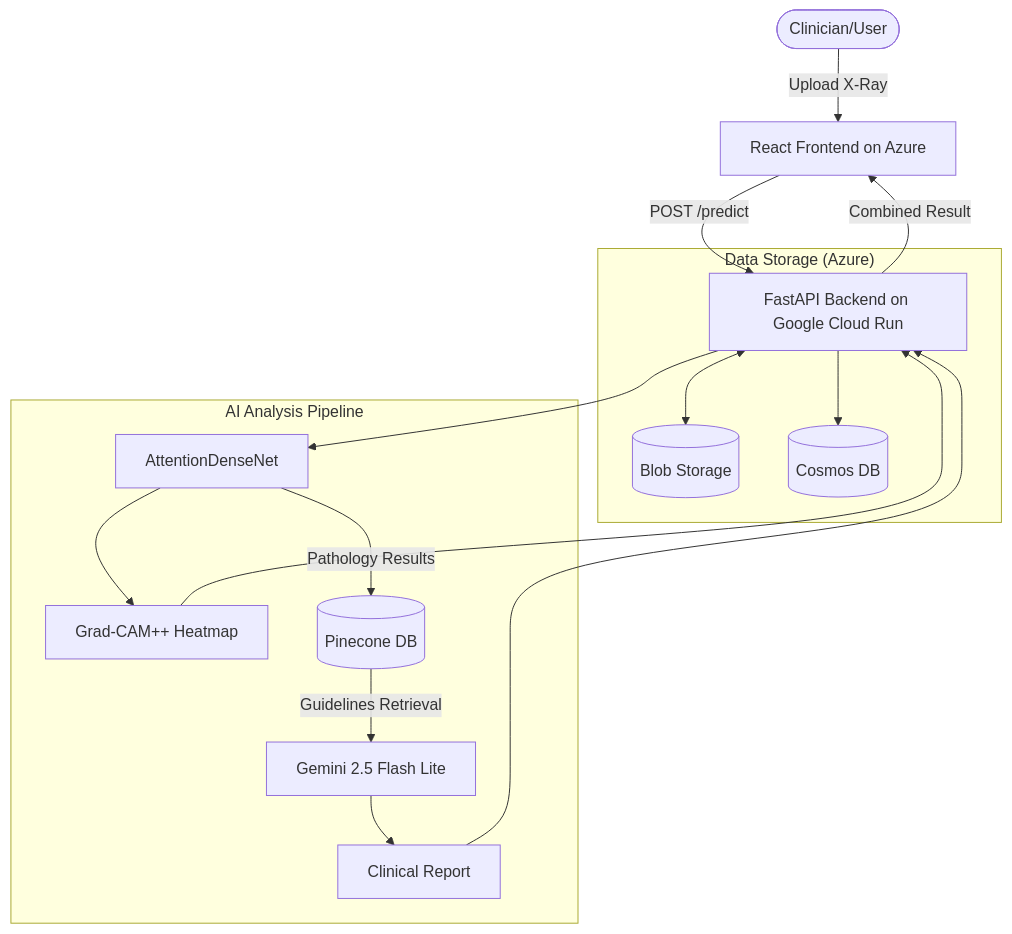
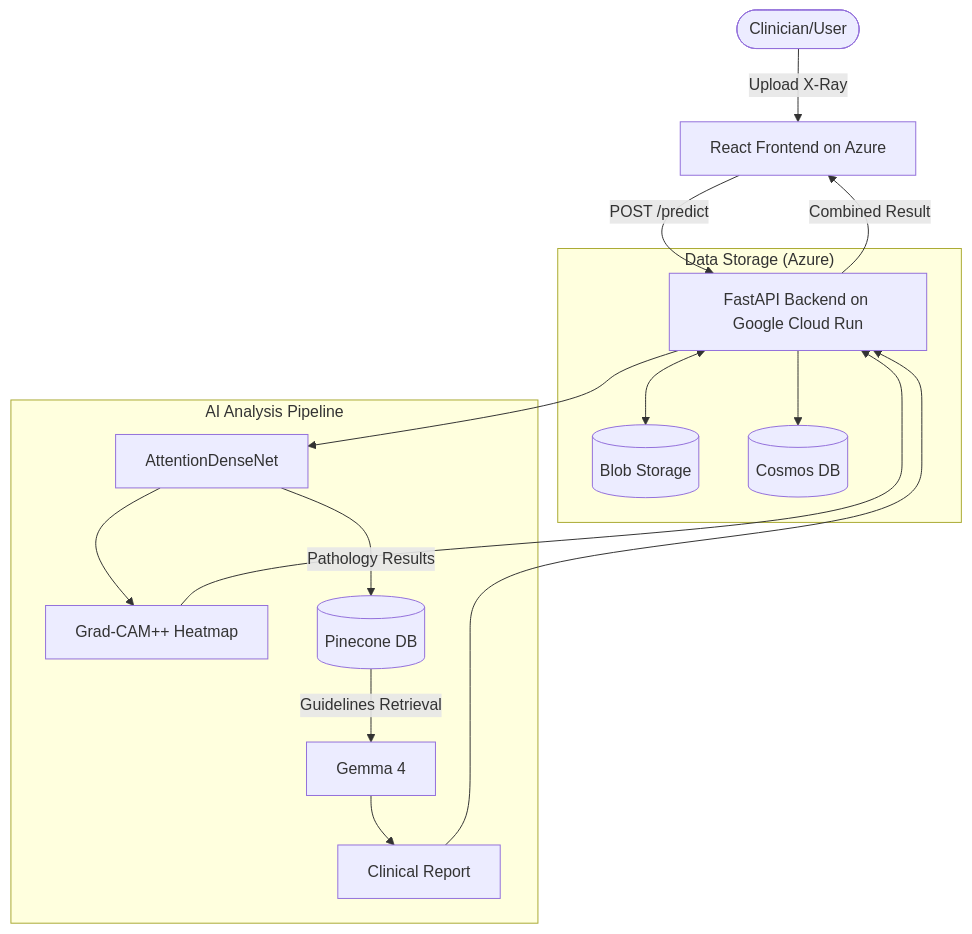
Before and after one commit to anaCS-26/Pulmolens-model: the diagram in README.md, drawn with Mermaid. The commit also changed other lines of this file and 4 other files, not shown here.

````diff
--- a/README.md
+++ b/README.md
@@ -73,23 +73,23 @@
 ```mermaid
 graph TD
     User([Clinician/User]) -->|Upload X-Ray| FE[React Frontend on Azure]
     FE -->|POST /predict| BE[FastAPI Backend on Google Cloud Run]
     
     subgraph "Data Storage (Azure)"
         BE <--> BLOB[(Blob Storage)]
         BE --> COSMOS[(Cosmos DB)]
     end
     
     subgraph "AI Analysis Pipeline"
         BE --> MODEL[AttentionDenseNet]
         MODEL --> HEATMAP[Grad-CAM++ Heatmap]
         
         MODEL -->|"Pathology Results"| PINDEX[(Pinecone DB)]
-        PINDEX -->|"Guidelines Retrieval"| LLM[Gemini 2.5 Flash Lite]
+        PINDEX -->|"Guidelines Retrieval"| LLM[Gemma 4]
         LLM --> REPORT[Clinical Report]
     end
     
     REPORT --> BE
     HEATMAP --> BE
     BE -->|Combined Result| FE
 ```
````
